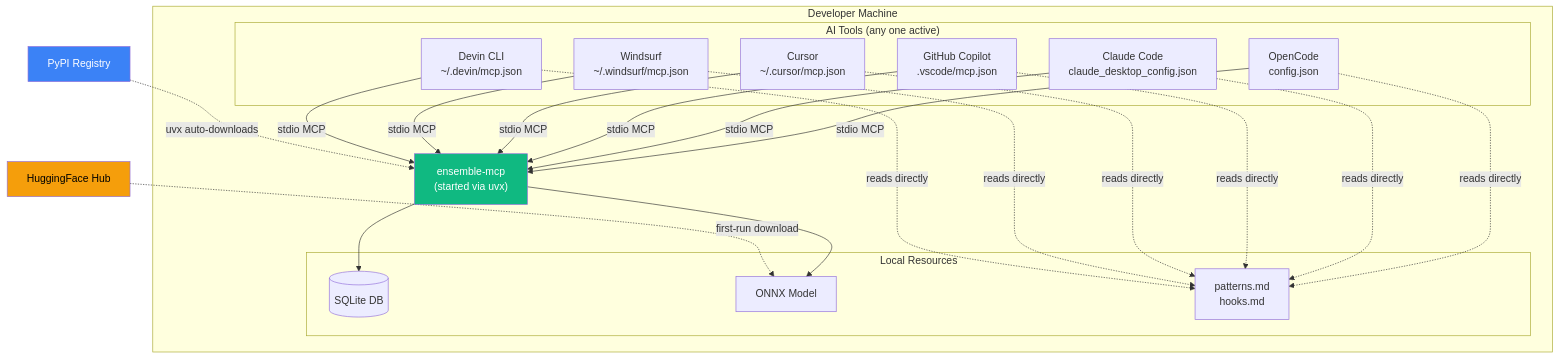
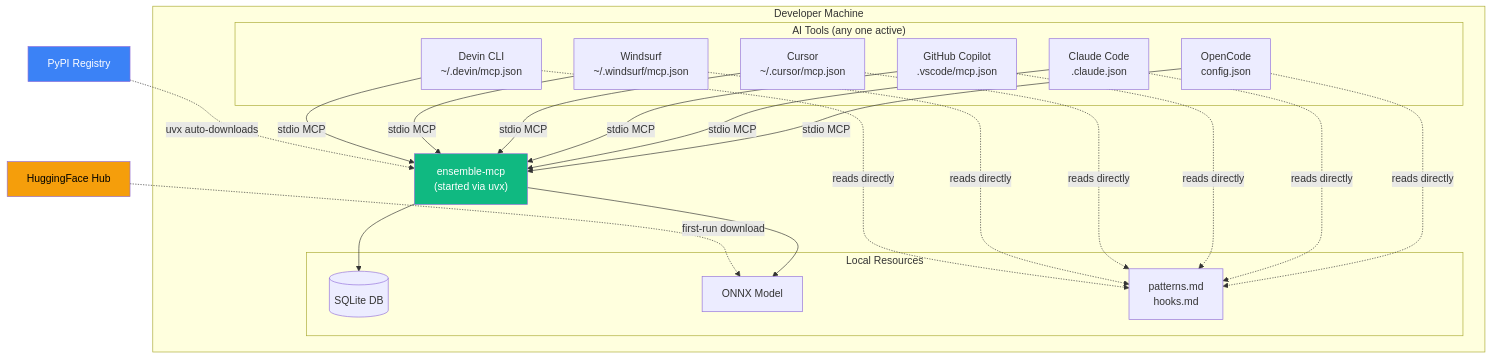
Before and after one commit to LynkByte/ensemble: the sixth of 7 diagrams in docs/DESIGN-SPEC-PHASE-01.md, drawn with Mermaid. The commit also changed other lines of this file and 18 other files, not shown here.

First line of the commit message:
fix(installer): use correct Claude Code config path for MCP registration (#64)

````diff
--- a/docs/DESIGN-SPEC-PHASE-01.md
+++ b/docs/DESIGN-SPEC-PHASE-01.md
@@ -824,32 +824,32 @@
 ```mermaid
 graph TB
     subgraph "Developer Machine"
         subgraph "AI Tools (any one active)"
             OC[OpenCode<br/>config.json]
-            CC[Claude Code<br/>claude_desktop_config.json]
+            CC[Claude Code<br/>.claude.json]
             CP[GitHub Copilot<br/>.vscode/mcp.json]
             CU[Cursor<br/>~/.cursor/mcp.json]
             WS[Windsurf<br/>~/.windsurf/mcp.json]
             DV[Devin CLI<br/>~/.devin/mcp.json]
         end
 
         MCP["ensemble-mcp<br/>(started via uvx)"]
 
         subgraph "Local Resources"
             DB[(SQLite DB)]
             MDL[ONNX Model]
             PAT[patterns.md<br/>hooks.md]
         end
 
         OC & CC & CP & CU & WS & DV -->|"stdio MCP"| MCP
         MCP --> DB & MDL
         OC & CC & CP & CU & WS & DV -.->|"reads directly"| PAT
     end
 
     PYPI[PyPI Registry] -.->|"uvx auto-downloads"| MCP
     HF[HuggingFace Hub] -.->|"first-run download"| MDL
 
     style MCP fill:#10B981,color:#fff
     style PYPI fill:#3B82F6,color:#fff
     style HF fill:#F59E0B,color:#000
 ```
````
